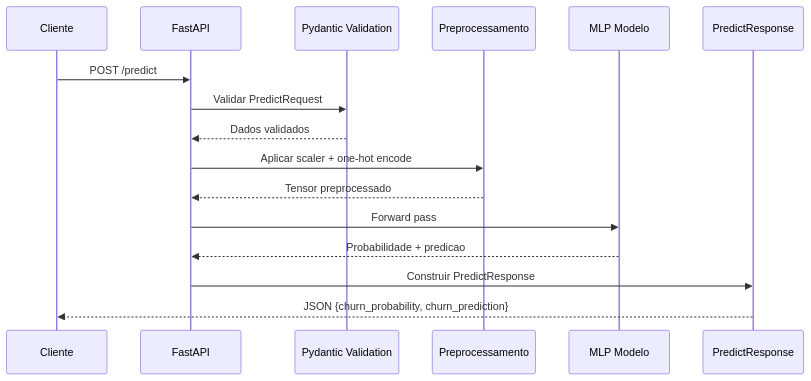
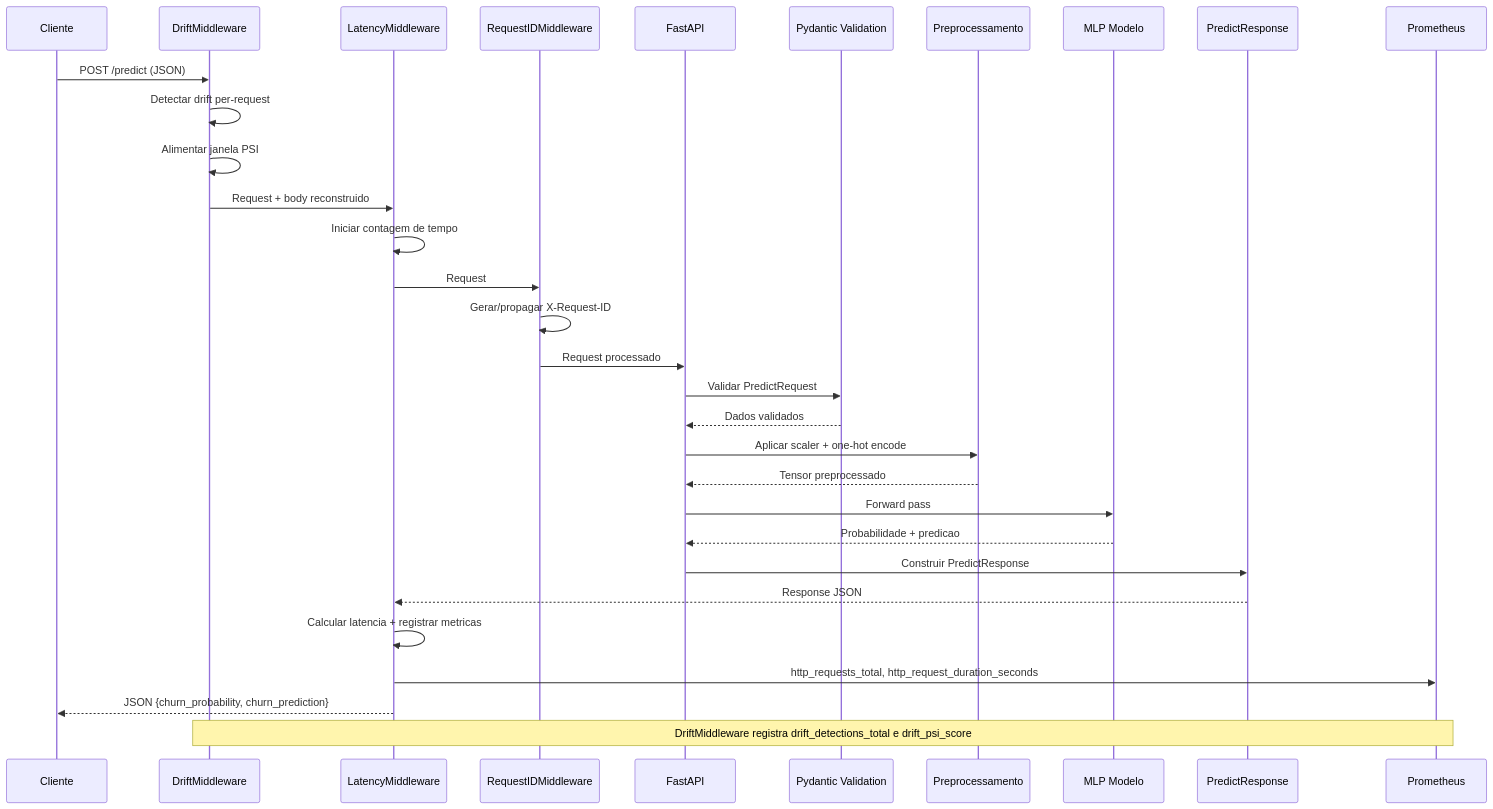
The second of 4 diagrams in docs/ARQUITETURA_DE_DEPLOY.md (G13-MLE/tech-challenge-fase-1), drawn with Mermaid before and after one commit. The commit also changed other lines of this file and 2 other files, not shown here.

````diff
--- a/docs/ARQUITETURA_DE_DEPLOY.md
+++ b/docs/ARQUITETURA_DE_DEPLOY.md
@@ -214,19 +314,34 @@
 ```mermaid
 sequenceDiagram
     participant C as Cliente
+    participant DMW as DriftMiddleware
+    participant LMW as LatencyMiddleware
+    participant RID as RequestIDMiddleware
     participant API as FastAPI
     participant V as Pydantic Validation
     participant P as Preprocessamento
     participant M as MLP Modelo
     participant R as PredictResponse
+    participant PR as Prometheus
 
-    C->>API: POST /predict
+    C->>DMW: POST /predict (JSON)
+    DMW->>DMW: Detectar drift per-request
+    DMW->>DMW: Alimentar janela PSI
+    DMW->>LMW: Request + body reconstruido
+    LMW->>LMW: Iniciar contagem de tempo
+    LMW->>RID: Request
+    RID->>RID: Gerar/propagar X-Request-ID
+    RID->>API: Request processado
     API->>V: Validar PredictRequest
     V-->>API: Dados validados
     API->>P: Aplicar scaler + one-hot encode
     P-->>API: Tensor preprocessado
     API->>M: Forward pass
     M-->>API: Probabilidade + predicao
     API->>R: Construir PredictResponse
-    R-->>C: JSON {churn_probability, churn_prediction}
+    R-->>LMW: Response JSON
+    LMW->>LMW: Calcular latencia + registrar metricas
+    LMW->>PR: http_requests_total, http_request_duration_seconds
+    LMW-->>C: JSON {churn_probability, churn_prediction}
+    Note over DMW,PR: DriftMiddleware registra drift_detections_total e drift_psi_score
 ```
````
